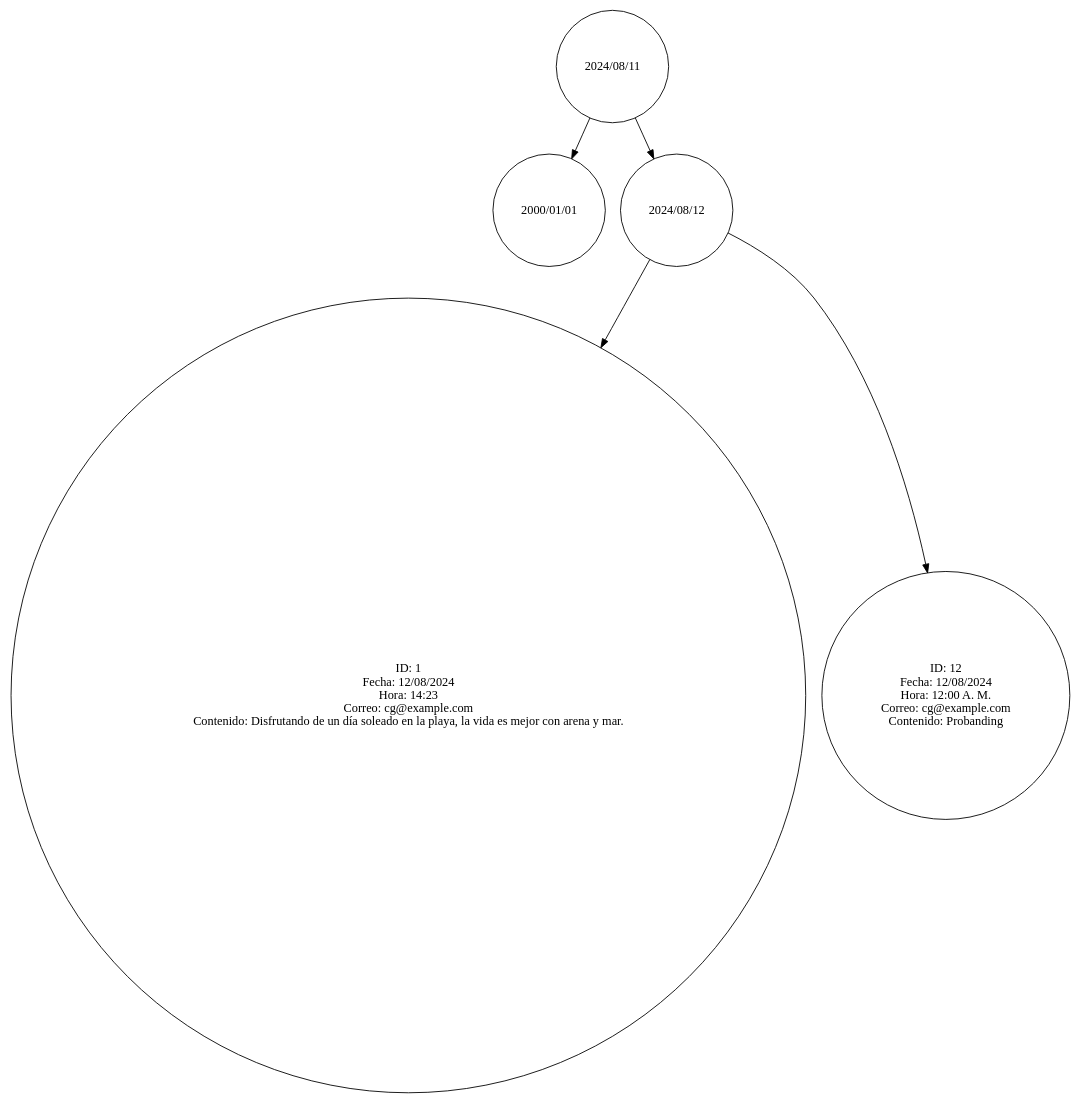
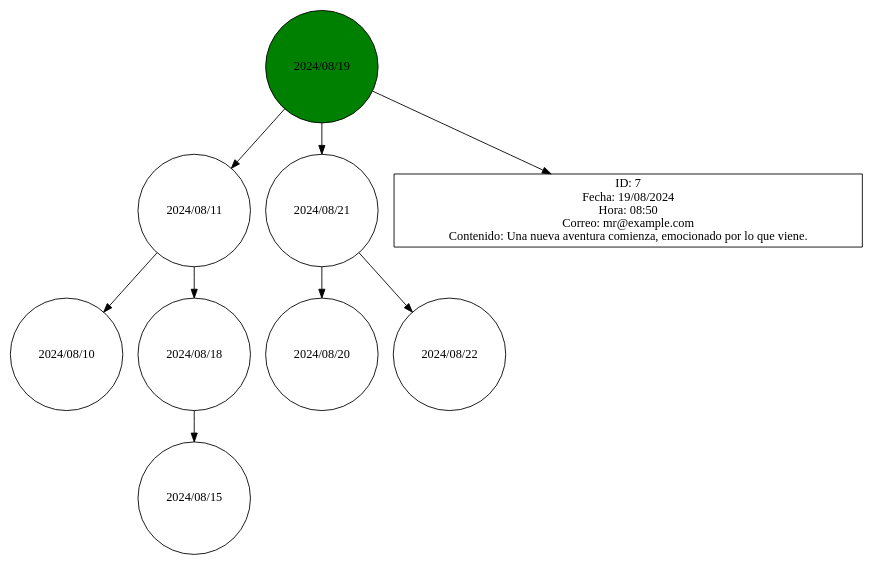
Before and after one commit to Kevin-alvarez1/PROYECTO_MULTIFASES_RED_SOCIAL: the diagram in Fase3/main/build/Desktop_Qt_6_7_2_MinGW_64_bit-Debug/ArbolBB.dot, drawn with Graphviz. The commit also changed 934 other files, not shown here.

```diff
--- a/Fase3/main/build/Desktop_Qt_6_7_2_MinGW_64_bit-Debug/ArbolBB.dot
+++ b/Fase3/main/build/Desktop_Qt_6_7_2_MinGW_64_bit-Debug/ArbolBB.dot
@@ -1,9 +1,13 @@
 digraph BSTTree {
 node [shape=circle];
-"2024/08/11" -> "2000/01/01";
-"2024/08/11" -> "2024/08/12";
-"pub_1" [label="ID: 1\nFecha: 12/08/2024\nHora: 14:23\nCorreo: cg@example.com\nContenido: Disfrutando de un día soleado en la playa, la vida es mejor con arena y mar."];
-"2024/08/12" -> "pub_1";
-"pub_12" [label="ID: 12\nFecha: 12/08/2024\nHora: 12:00 A. M.\nCorreo: cg@example.com\nContenido: Probanding"];
-"2024/08/12" -> "pub_12";
+"2024/08/19" -> "2024/08/11";
+"2024/08/11" -> "2024/08/10";
+"2024/08/11" -> "2024/08/18";
+"2024/08/18" -> "2024/08/15";
+"2024/08/19" -> "2024/08/21";
+"2024/08/21" -> "2024/08/20";
+"2024/08/21" -> "2024/08/22";
+"2024/08/19" [style=filled, fillcolor=green];
+"pub_7" [shape=rectangle, label="ID: 7\nFecha: 19/08/2024\nHora: 08:50\nCorreo: mr@example.com\nContenido: Una nueva aventura comienza, emocionado por lo que viene."];
+"2024/08/19" -> "pub_7";
 }
```
